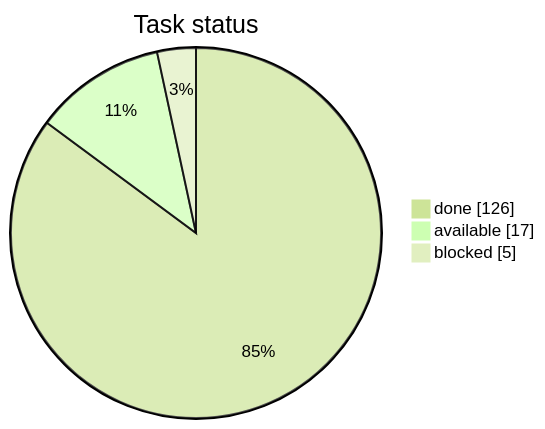
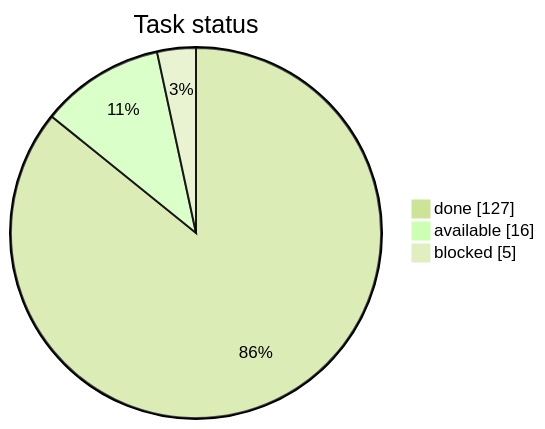
One commit to artemiiShabanov/RallyRivals changed the first of 3 diagrams in STATUS.md. Above: the diagram before and after it, drawn with Mermaid (forest theme). The commit also changed other lines of this file and 6 other files, not shown here.

````diff
--- a/STATUS.md
+++ b/STATUS.md
@@ -7,7 +7,7 @@
 ```mermaid
 pie showData
     title Task status
-    "done" : 126
-    "available" : 17
+    "done" : 127
+    "available" : 16
     "blocked" : 5
 ```
````
